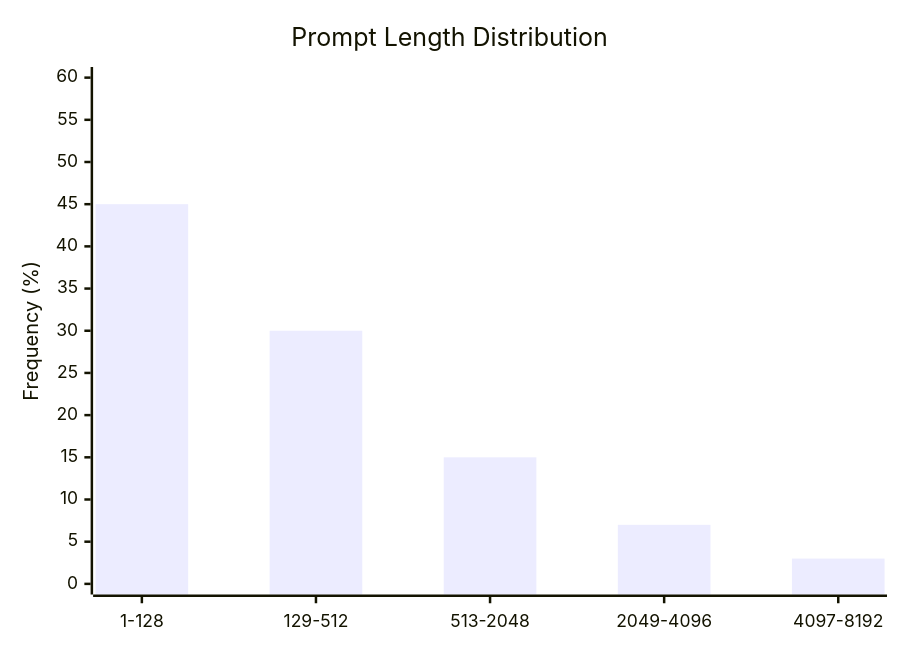
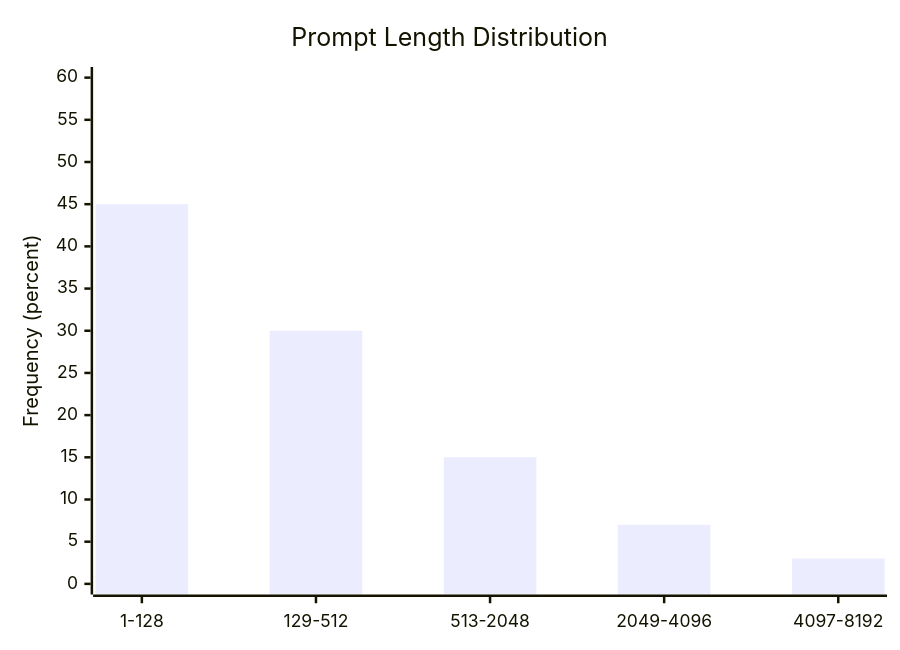
Before and after one commit to Shahriarin2garden/vllm_from_scratch: diagram 19 of 50 in lab0.4/README.md, drawn with Mermaid. The commit also changed other lines of this file, not shown here.

Commit message:
Update x-axis labels and improve diagram configurations in README.md for better clarity

````diff
--- a/lab0.4/README.md
+++ b/lab0.4/README.md
@@ -608,7 +599,7 @@
 ```mermaid
 xychart-beta
     title "Prompt Length Distribution"
     x-axis ["1-128", "129-512", "513-2048", "2049-4096", "4097-8192"]
-    y-axis "Frequency (%)" 0 --> 60
+    y-axis "Frequency (percent)" 0 --> 60
     bar [45, 30, 15, 7, 3]
 ```
````
